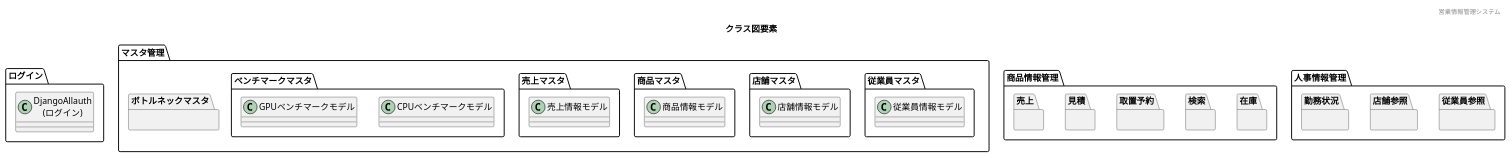
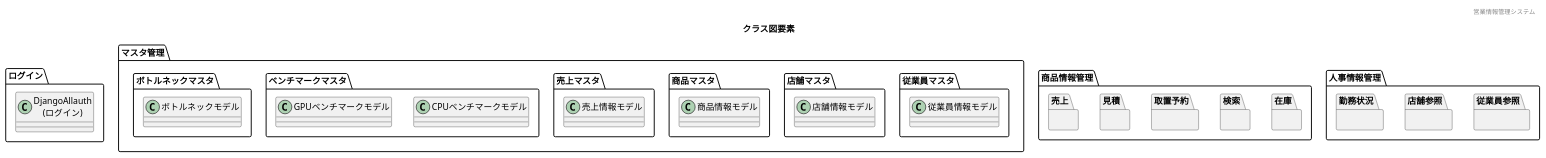
The diagram in 各種設計書/5クラス図/クラス図テンプレ.plantuml (HaruShim/Sotuken), drawn with PlantUML before and after one commit.

```diff
--- a/各種設計書/5クラス図/クラス図テンプレ.plantuml
+++ b/各種設計書/5クラス図/クラス図テンプレ.plantuml
@@ -9,92 +9,94 @@
 @startuml class_diagrams
 ' ヘッダー
 header 営業情報管理システム
 ' タイトル
 title クラス図要素
 
 ' 機能名 ログイン
 ' 機能ID F00
 package "ログイン" as F00{
   class "DjangoAllauth\n(ログイン)" as djangoallauth{
   }
 }
 
 
 package "マスタ管理" as mastermana {
 
   ' 機能名 従業員マスタ
   ' 機能ID F01
   package "従業員マスタ" as F01{
     class "(従業員情報モデル)" {}
   }
 
   ' 機能名 店舗マスタ
   ' 機能ID F02
   package "店舗マスタ" as F02{
     class "(店舗情報モデル)" {}
   }
 
   ' 機能名 商品マスタ
   ' 機能ID F03
   package "商品マスタ" as F03{
     class "(商品情報モデル)" {}
   }
   
   ' 機能名 売上マスタ
   ' 機能ID F04
   package "売上マスタ" as F04{
     class "(売上情報モデル)" {}
   }
   
   ' 機能名 ベンチマークマスタ
   ' 機能ID F05
-  package "ベンチマークマスタ" as M05{
+  package "ベンチマークマスタ" as F05{
     class "(CPUベンチマークモデル)" {}
-    class "(GPUベンチマークモデル)"
+    class "(GPUベンチマークモデル)" {}
   }
   
   ' 機能名 ボトルネックマスタ
   ' 機能ID F06
-  package "ボトルネックマスタ" {}
+  package "ボトルネックマスタ" as F06{
+    class "(ボトルネックモデル)" {}
+  }
 
 }
 
 package "商品情報管理" {
   ' 機能名 在庫
   ' 機能ID F07
   package "在庫" {}
   
   ' 機能名 検索
   ' 機能ID F08
   package "検索" {}
   
   ' 機能名 取置予約
   ' 機能ID F09
   package "取置予約" {}
   
   ' 機能名 見積
   ' 機能ID F10
   package "見積" {}
   
   ' 機能名 売上
   ' 機能ID F11
   package "売上" {}
 }
 
 package "人事情報管理" {
   ' 機能名 従業員参照
   ' 機能ID F12
   package "従業員参照" {}
   
   ' 機能名 店舗参照
   ' 機能ID F13
   package "店舗参照" {}
   
   ' 機能名 勤務状況
   ' 機能ID F14
   package "勤務状況" {}
 }
 
 
 
 @enduml
```
